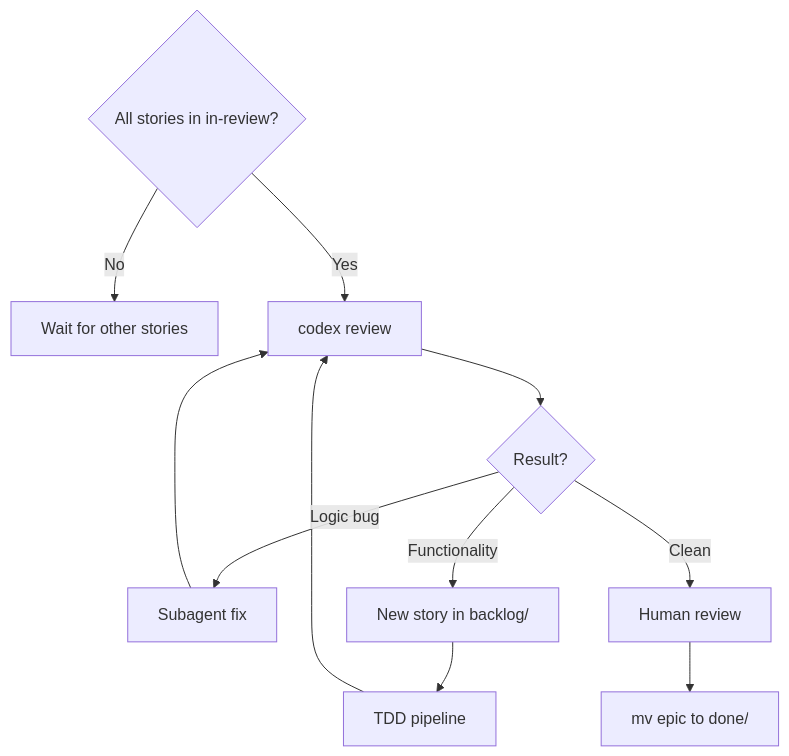
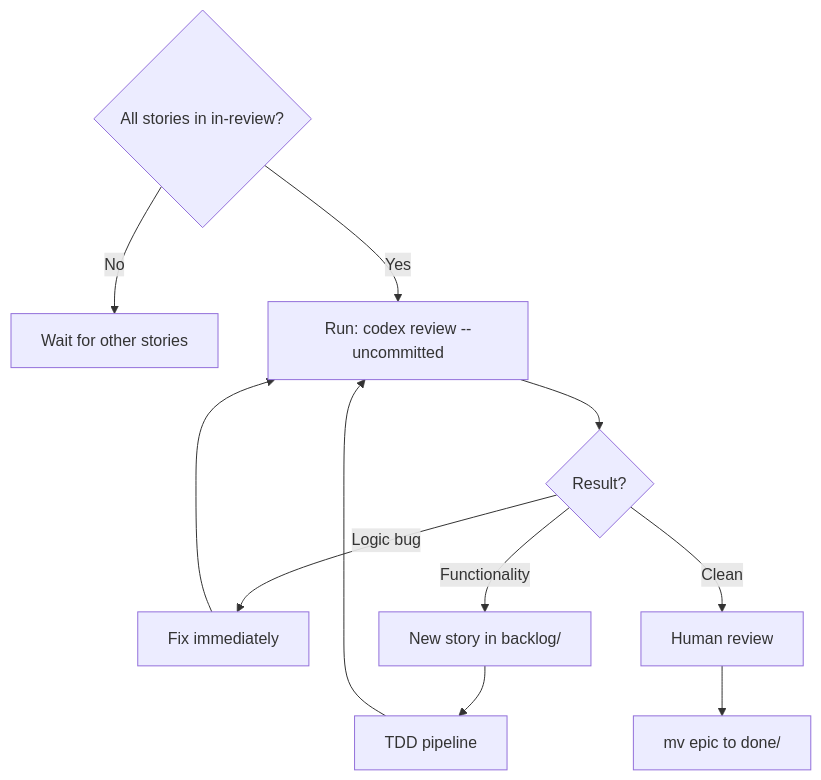
Before and after one commit to brysontang/domino: the diagram in phases/in-review.md, drawn with Mermaid. The commit also changed other lines of this file, not shown here.

First line of the commit message:
Clarify Codex gate: explicit CLI command, not subagent

````diff
--- a/phases/in-review.md
+++ b/phases/in-review.md
@@ -5,11 +5,11 @@
 ```mermaid
 flowchart TD
     Check{All stories in in-review?}
     Check -->|No| Wait[Wait for other stories]
-    Check -->|Yes| Codex[codex review]
+    Check -->|Yes| Codex[Run: codex review --uncommitted]
     Codex --> Result{Result?}
-    Result -->|Logic bug| Fix[Subagent fix] --> Codex
+    Result -->|Logic bug| Fix[Fix immediately] --> Codex
     Result -->|Functionality| Story[New story in backlog/] --> TDD[TDD pipeline] --> Codex
     Result -->|Clean| Human[Human review]
     Human --> Done[mv epic to done/]
 ```
````
